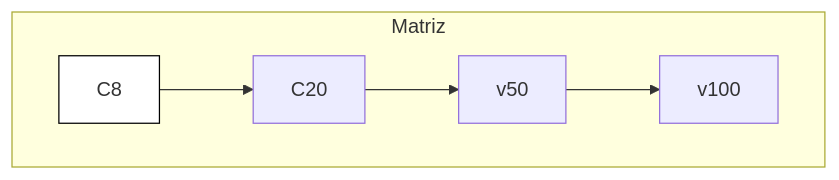
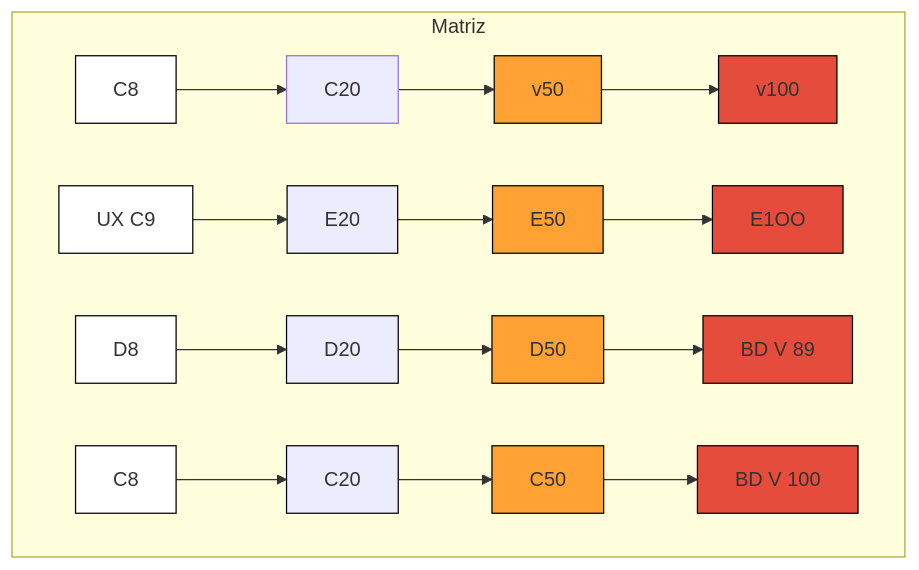
One commit to MauricioRVeiga/gantt changed the second of 5 diagrams in README.md. Above: the diagram before and after it, drawn with Mermaid. The commit also changed other lines of this file, not shown here.

````diff
--- a/README.md
+++ b/README.md
@@ -9,8 +9,15 @@
 ```mermaid
 graph TD
     subgraph Matriz
 A1["C8"]:::branco --> A2["C20"]:::AMARELO --> A3["v50"]:::laranja --> A4["v100"]:::vermelho
+B1["UX C9"]:::branco --> B2["E20"]:::amarelo --> B3["E50"]:::laranja --> B4["E1OO"]:::vermelho
+C1["D8"]:::branco --> C2["D20"]:::amarelo --> C3["D50"]:::laranja --> C4["BD V 89"]:::vermelho
+D1["C8"]:::branco --> D2["C20"]:::amarelo --> D3["C50"]:::laranja --> D4["BD V 100"]:::vermelho
+
 
 end
 classDef branco fill:#fff, stroke:#000, stroke-width:1px;
+classDef amarelo fill:#FFD8D, stroke:#000, stroke-width:1px;
+classDef laranja fill:#FFA233, stroke:#000, stroke-width:1px;
+classDef vermelho fill:#E64C3C, stroke:#000, stroke-width:1px;
 ```
````
